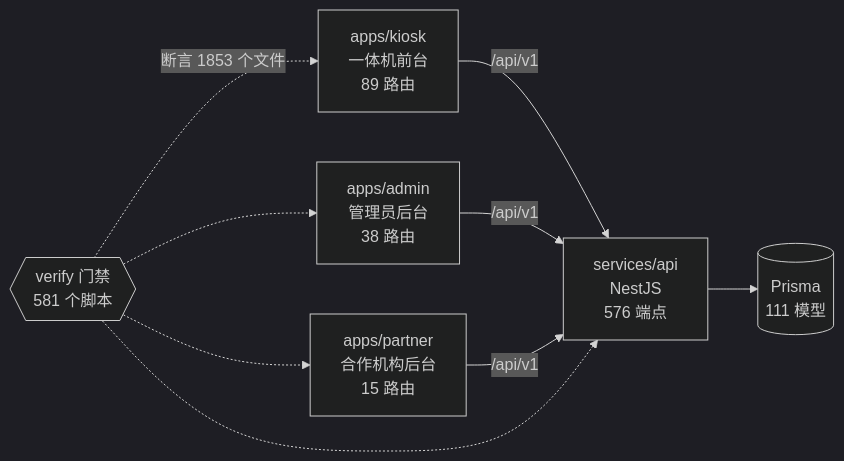
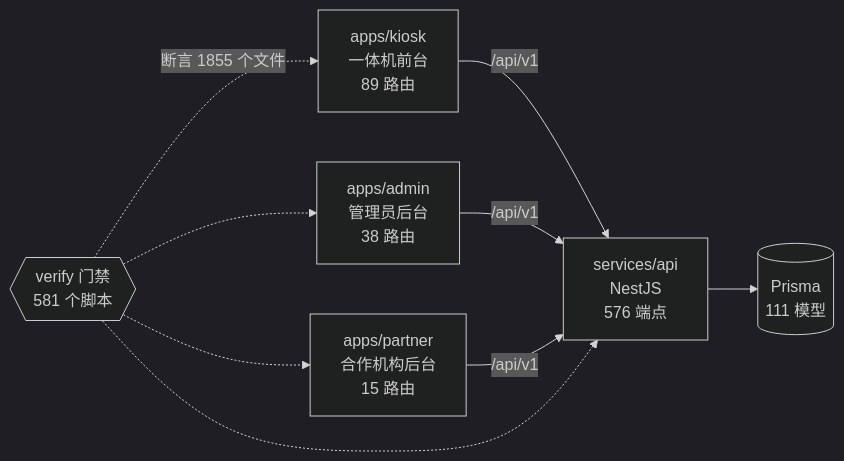
The diagram in docs/graph/README.md (wanglei581/YITIJI), drawn with Mermaid (dark theme) before and after one commit. The commit also changed other lines of this file and 3 other files, not shown here.

Commit message:
chore(graph): 第 9 批重生图谱

````diff
--- a/docs/graph/README.md
+++ b/docs/graph/README.md
@@ -68,18 +68,18 @@
 ```mermaid
 flowchart LR
   kiosk["apps/kiosk<br/>一体机前台<br/>89 路由"]
   admin["apps/admin<br/>管理员后台<br/>38 路由"]
   partner["apps/partner<br/>合作机构后台<br/>15 路由"]
   api["services/api<br/>NestJS<br/>576 端点"]
   db[("Prisma<br/>111 模型")]
   gates{{"verify 门禁<br/>581 个脚本"}}
 
   kiosk -->|"/api/v1"| api
   admin -->|"/api/v1"| api
   partner -->|"/api/v1"| api
   api --> db
-  gates -.->|"断言 1853 个文件"| kiosk
+  gates -.->|"断言 1855 个文件"| kiosk
   gates -.-> admin
   gates -.-> partner
   gates -.-> api
 ```
````
